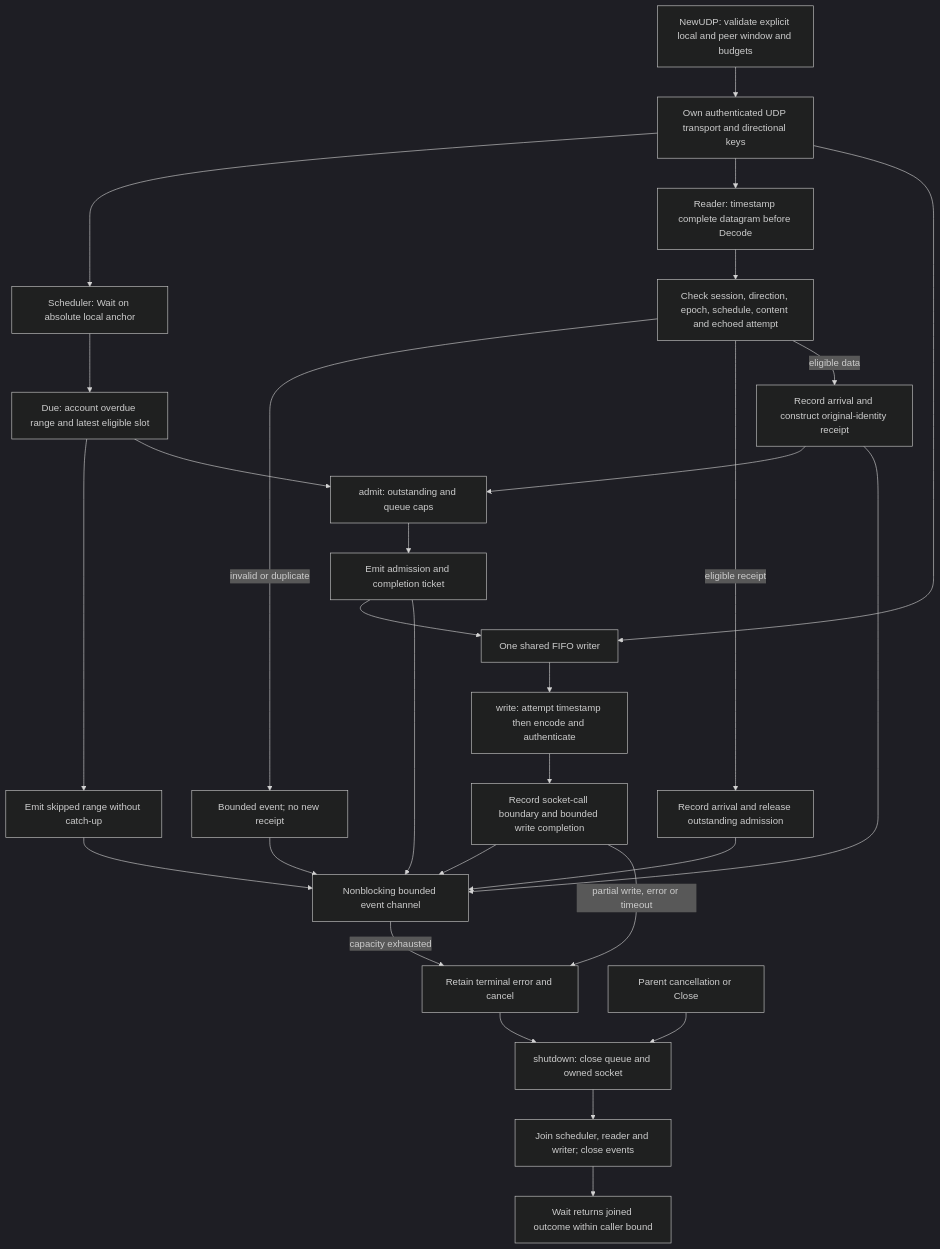
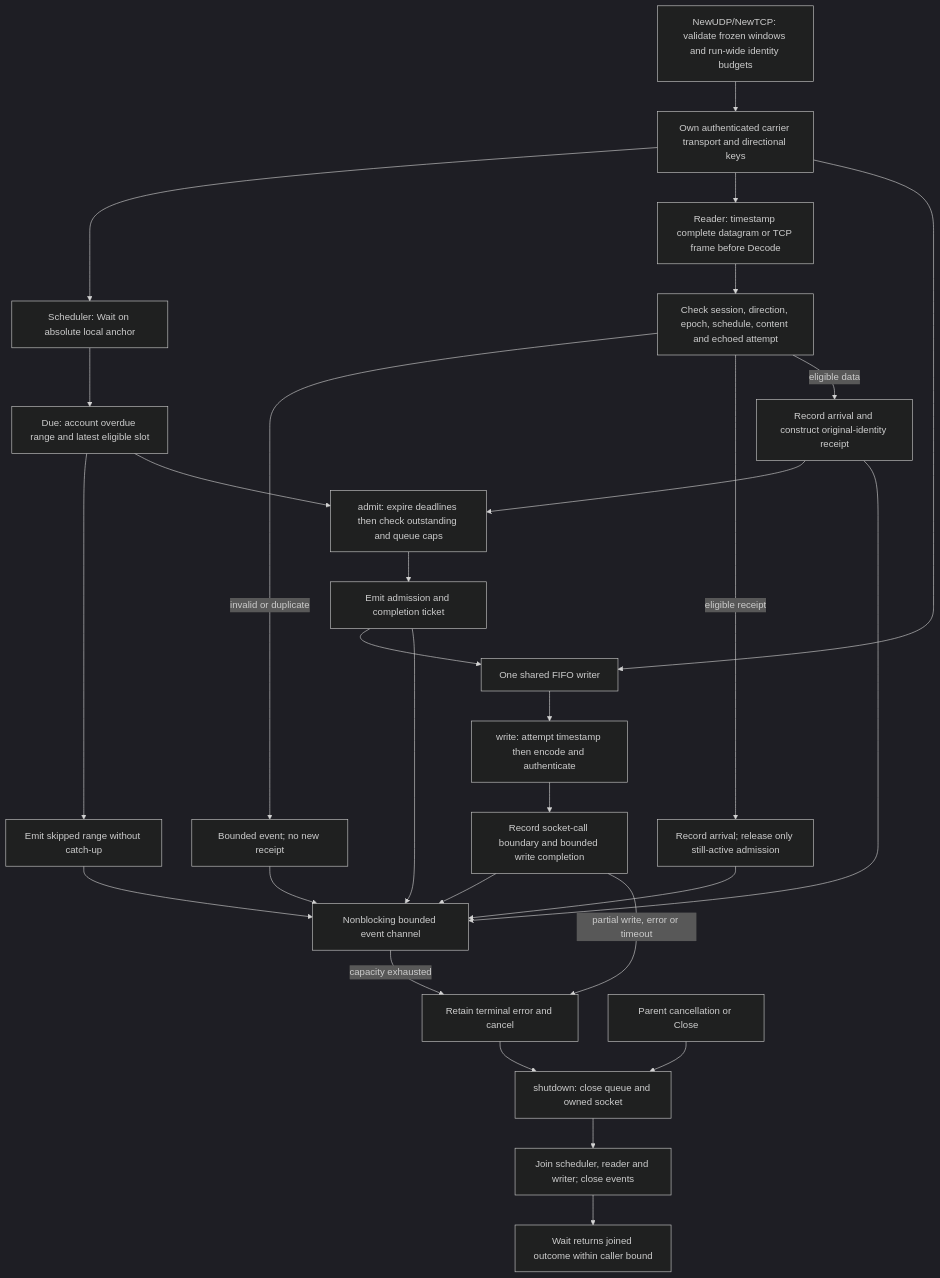
Before and after one commit to rashidbestry/sneaky-port: the fifth of 9 diagrams in FLOWCHART.md, drawn with Mermaid (dark theme). The commit also changed other lines of this file and 23 other files, not shown here.

````diff
--- a/FLOWCHART.md
+++ b/FLOWCHART.md
@@ -117,31 +119,31 @@
 ```mermaid
 flowchart TD
-    A[NewUDP: validate explicit local and peer window and budgets] --> B[Own authenticated UDP transport and directional keys]
+    A[NewUDP/NewTCP: validate frozen windows and run-wide identity budgets] --> B[Own authenticated carrier transport and directional keys]
     B --> C[Scheduler: Wait on absolute local anchor]
-    B --> D[Reader: timestamp complete datagram before Decode]
+    B --> D[Reader: timestamp complete datagram or TCP frame before Decode]
     B --> E[One shared FIFO writer]
     C --> F[Due: account overdue range and latest eligible slot]
     F --> G[Emit skipped range without catch-up]
-    F --> H[admit: outstanding and queue caps]
+    F --> H[admit: expire deadlines then check outstanding and queue caps]
     H --> I[Emit admission and completion ticket]
     I --> E
     E --> J[write: attempt timestamp then encode and authenticate]
     J --> K[Record socket-call boundary and bounded write completion]
     D --> L[Check session, direction, epoch, schedule, content and echoed attempt]
     L -->|invalid or duplicate| M[Bounded event; no new receipt]
-    L -->|eligible receipt| N[Record arrival and release outstanding admission]
+    L -->|eligible receipt| N[Record arrival; release only still-active admission]
     L -->|eligible data| O[Record arrival and construct original-identity receipt]
     O --> H
     G --> P[Nonblocking bounded event channel]
     I --> P
     K --> P
     M --> P
     N --> P
     O --> P
     P -->|capacity exhausted| Q[Retain terminal error and cancel]
     K -->|partial write, error or timeout| Q
     R[Parent cancellation or Close] --> S[shutdown: close queue and owned socket]
     Q --> S
     S --> T[Join scheduler, reader and writer; close events]
     T --> U[Wait returns joined outcome within caller bound]
 ```
````
